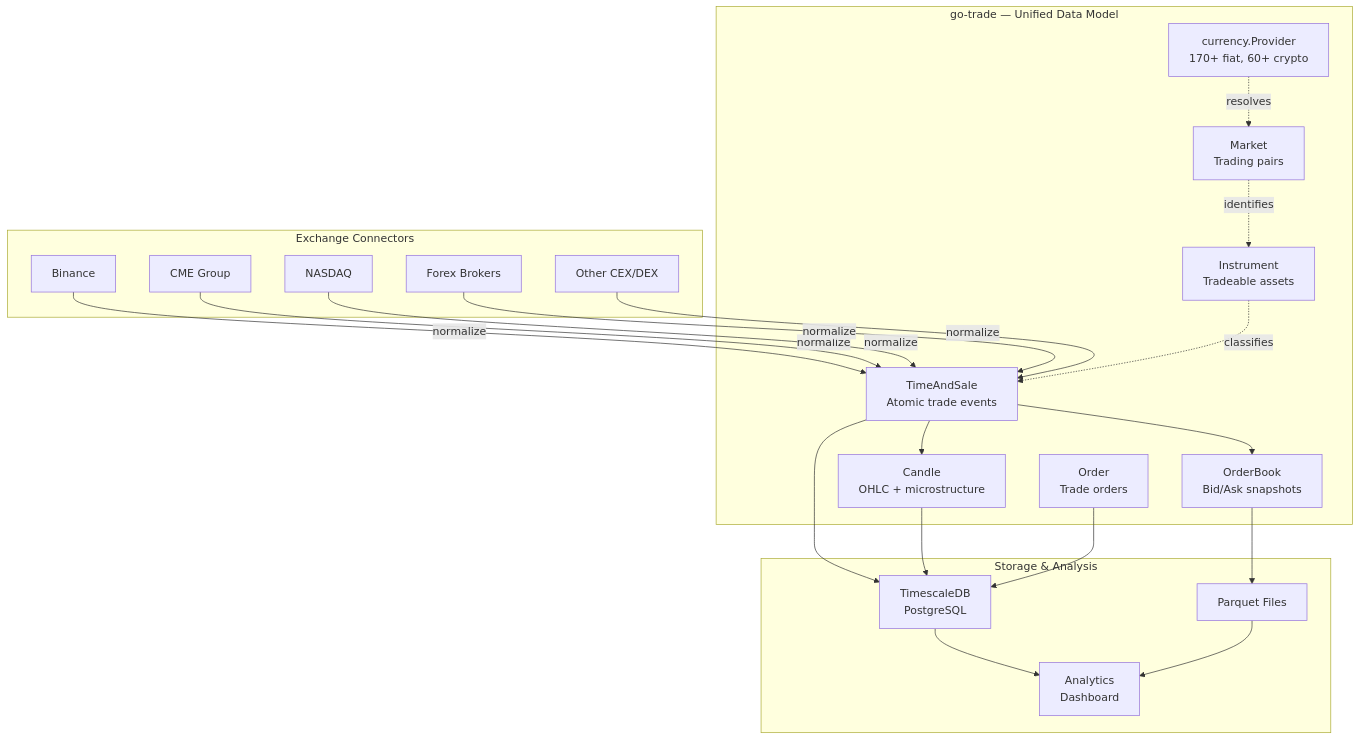
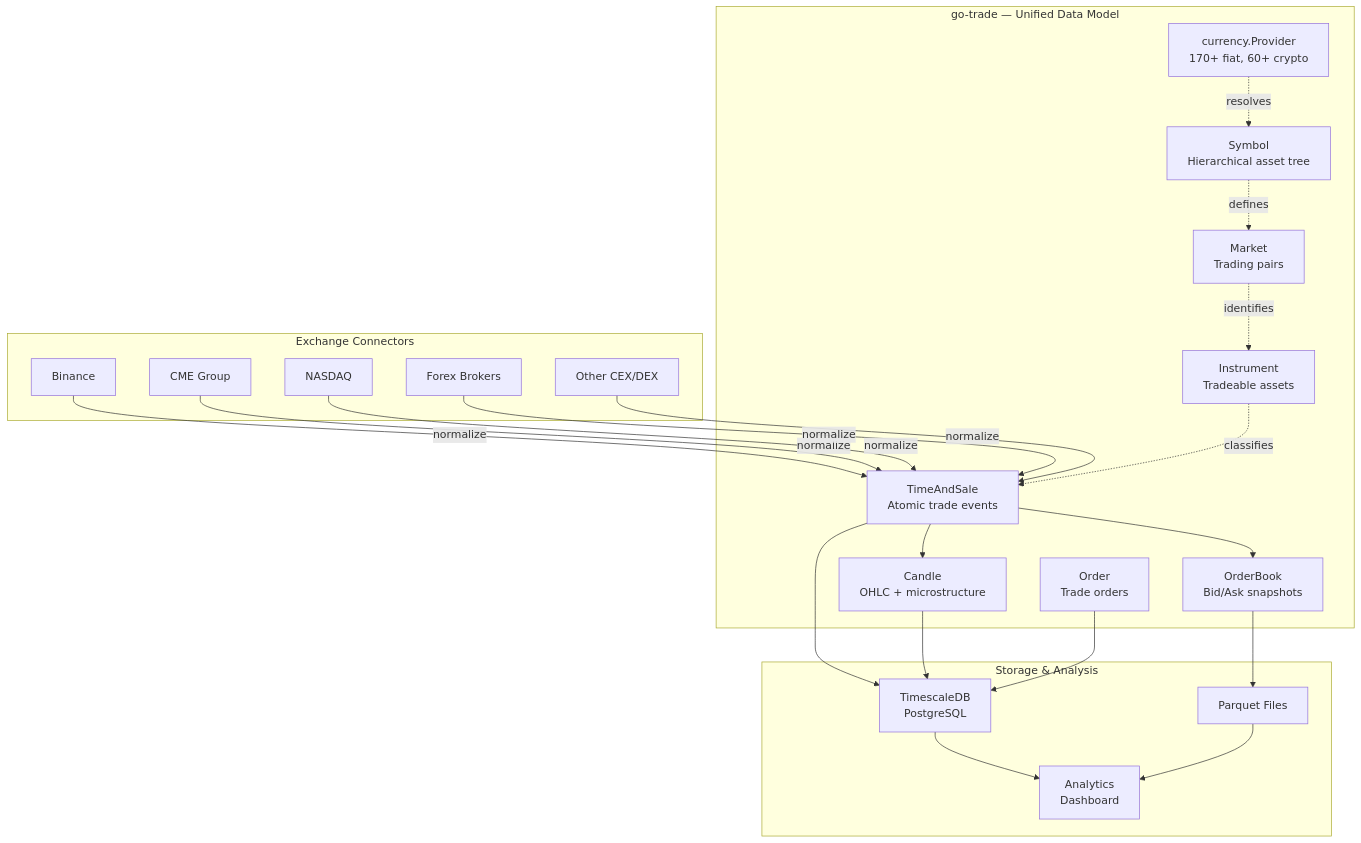
One commit to eSlider/go-trade changed the first of 4 diagrams in README.md. Above: the diagram before and after it, drawn with Mermaid. The commit also changed other lines of this file and 2 other files, not shown here.

First line of the commit message:
Add Symbol type with hierarchical asset tree for cross-exchange normalization

````diff
--- a/README.md
+++ b/README.md
@@ -14,47 +14,49 @@
 ```mermaid
 graph TB
     subgraph "Exchange Connectors"
         BIN["Binance"]
         CME["CME Group"]
         NAS["NASDAQ"]
         FX["Forex Brokers"]
         CEX["Other CEX/DEX"]
     end
 
     subgraph "go-trade — Unified Data Model"
         TAS["TimeAndSale<br/>Atomic trade events"]
         CND["Candle<br/>OHLC + microstructure"]
         OB["OrderBook<br/>Bid/Ask snapshots"]
         ORD["Order<br/>Trade orders"]
         INS["Instrument<br/>Tradeable assets"]
         MKT["Market<br/>Trading pairs"]
+        SYM["Symbol<br/>Hierarchical asset tree"]
         CUR["currency.Provider<br/>170+ fiat, 60+ crypto"]
     end
 
     subgraph "Storage & Analysis"
         DB["TimescaleDB<br/>PostgreSQL"]
         PQ["Parquet Files"]
         DASH["Analytics<br/>Dashboard"]
     end
 
     BIN -->|"normalize"| TAS
     CME -->|"normalize"| TAS
     NAS -->|"normalize"| TAS
     FX -->|"normalize"| TAS
     CEX -->|"normalize"| TAS
 
     TAS --> CND
     TAS --> OB
 
     TAS --> DB
     CND --> DB
     OB --> PQ
     ORD --> DB
 
     DB --> DASH
     PQ --> DASH
 
     INS -.->|"classifies"| TAS
     MKT -.->|"identifies"| INS
-    CUR -.->|"resolves"| MKT
+    SYM -.->|"defines"| MKT
+    CUR -.->|"resolves"| SYM
 ```
````
